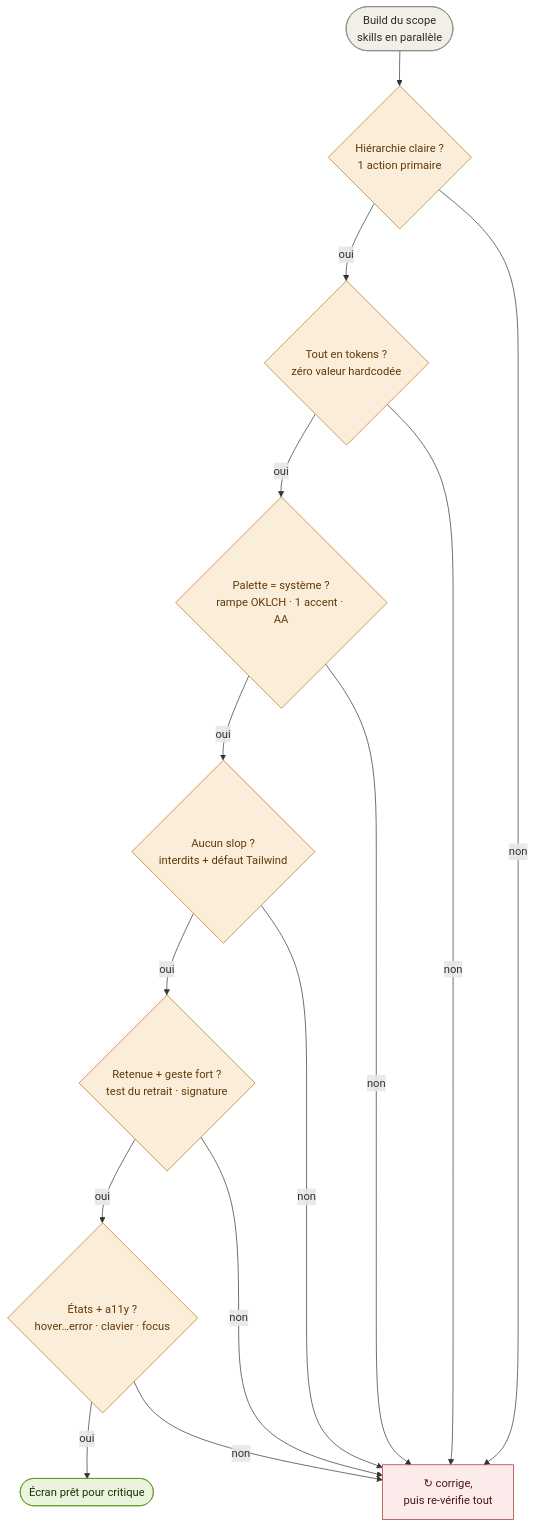
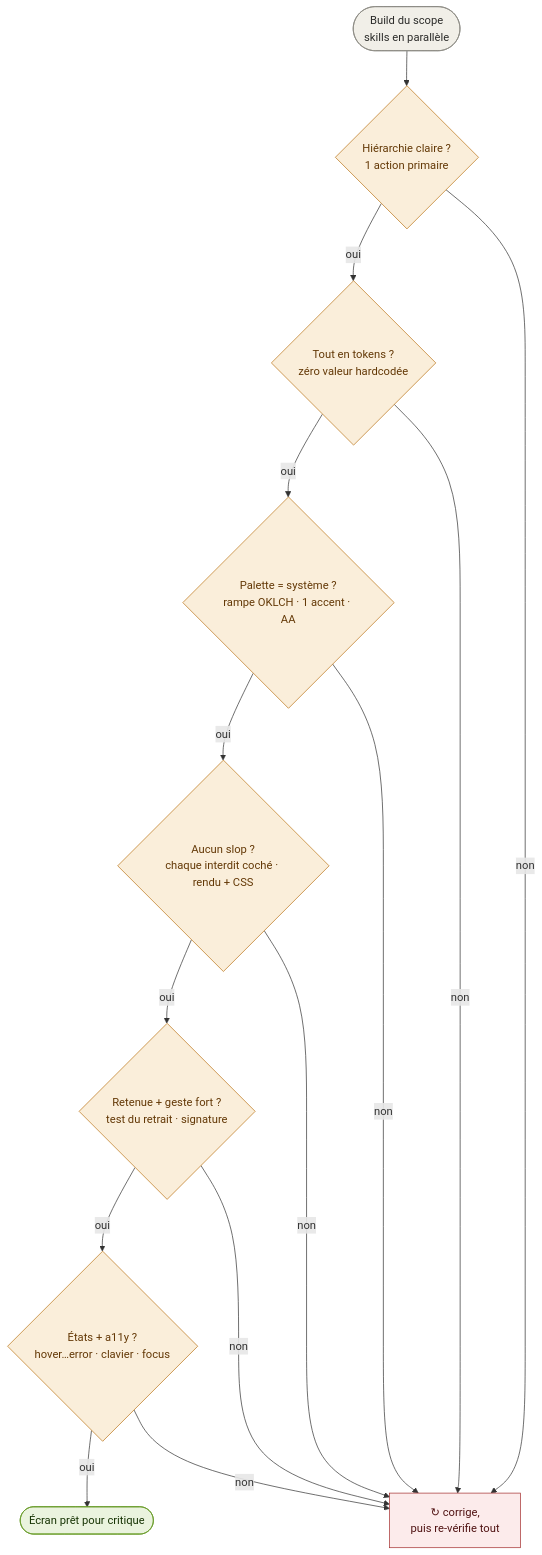
The fourth of 5 diagrams in docs/pipeline.md (BaptisteCavalie/product-builder), drawn with Mermaid before and after one commit. The commit also changed other lines of this file, not shown here.

First line of the commit message:
docs/pipeline.md : aligner le gate anti-slop sur le parcours énuméré

````diff
--- a/docs/pipeline.md
+++ b/docs/pipeline.md
@@ -125,20 +128,20 @@
 ```mermaid
 flowchart TD
     A(["Build du scope<br/>skills en parallèle"]):::step --> G1{"Hiérarchie claire ?<br/>1 action primaire"}:::dec
     G1 -->|oui| G2{"Tout en tokens ?<br/>zéro valeur hardcodée"}:::dec
     G2 -->|oui| G3{"Palette = système ?<br/>rampe OKLCH · 1 accent · AA"}:::dec
-    G3 -->|oui| G4{"Aucun slop ?<br/>interdits + défaut Tailwind"}:::dec
+    G3 -->|oui| G4{"Aucun slop ?<br/>chaque interdit coché · rendu + CSS"}:::dec
     G4 -->|oui| G5{"Retenue + geste fort ?<br/>test du retrait · signature"}:::dec
     G5 -->|oui| G6{"États + a11y ?<br/>hover…error · clavier · focus"}:::dec
     G6 -->|oui| OK(["Écran prêt pour critique"]):::ship
     G1 -->|non| FIX["↻ corrige,<br/>puis re-vérifie tout"]:::stop
     G2 -->|non| FIX
     G3 -->|non| FIX
     G4 -->|non| FIX
     G5 -->|non| FIX
     G6 -->|non| FIX
     classDef dec fill:#FAEEDA,stroke:#BA7517,color:#633806
     classDef step fill:#F1EFE8,stroke:#888780,color:#2C2C2A
     classDef stop fill:#FCEBEB,stroke:#A32D2D,color:#501313
     classDef ship fill:#EAF3DE,stroke:#639922,color:#173404
 ```
````
